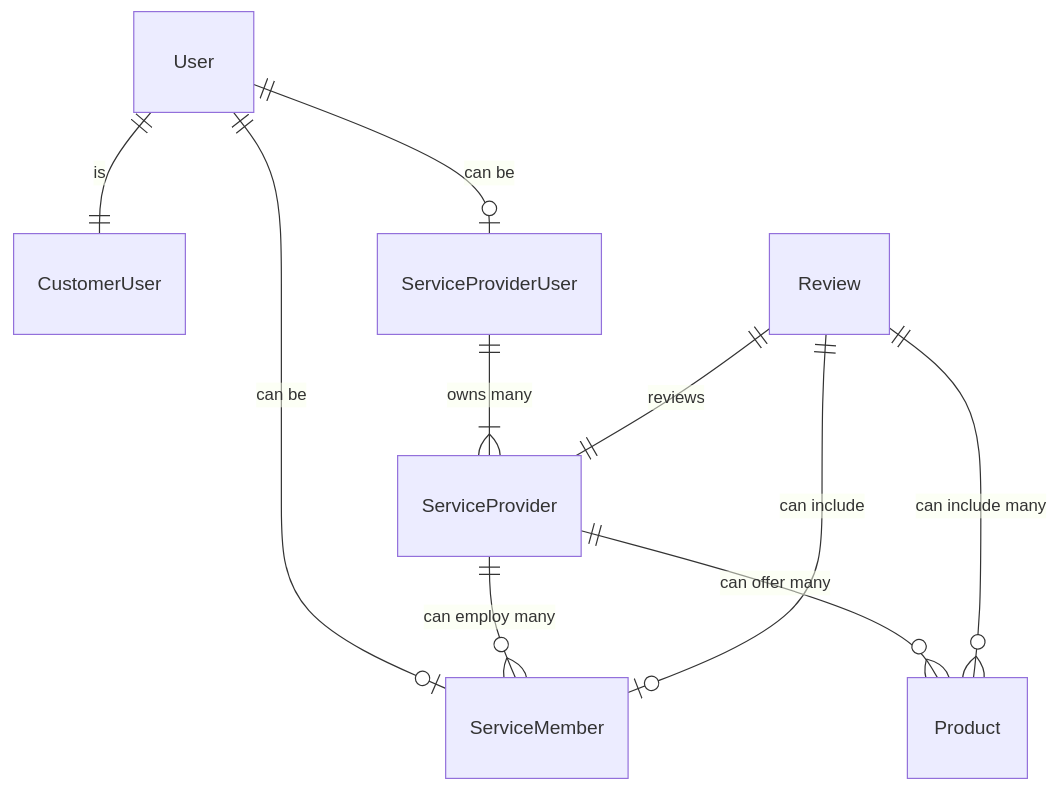
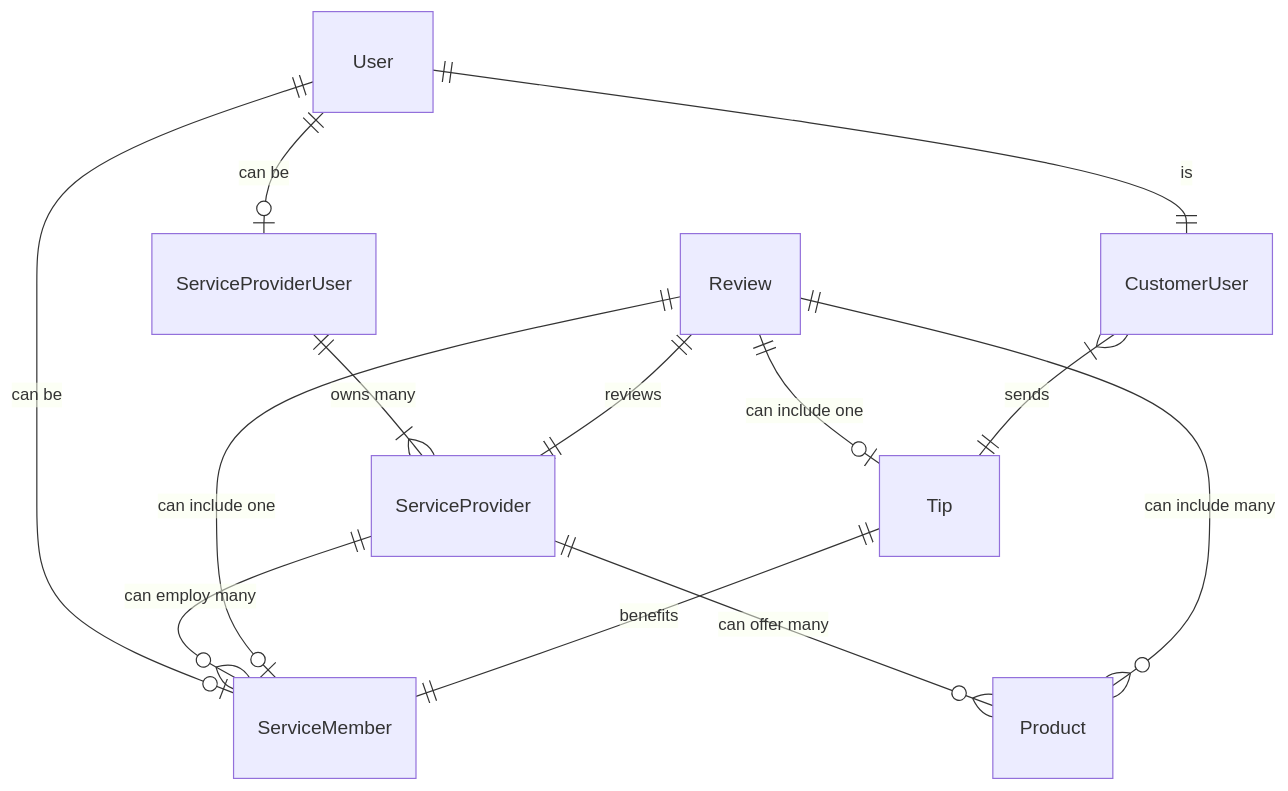
One commit to jaintitanium/DingIt changed the diagram in README.md. Above: the diagram before and after it, drawn with Mermaid.

Commit message:
Update ER diagram

````diff
--- a/README.md
+++ b/README.md
@@ -5,14 +5,17 @@
 ```mermaid
 erDiagram
     User ||--|| CustomerUser : "is"
     User ||--o| ServiceProviderUser : "can be"
     User ||--o| ServiceMember : "can be"
 
     ServiceProviderUser ||--|{ ServiceProvider : "owns many"
     ServiceProvider ||--o{ ServiceMember : "can employ many"
     ServiceProvider ||--o{ Product : "can offer many"
 
     Review ||--|| ServiceProvider : "reviews"
-    Review ||--o| ServiceMember : "can include"
+    Review ||--o| ServiceMember : "can include one"
     Review ||--o{ Product : "can include many"
+    Review ||--o| Tip : "can include one"
+    CustomerUser }|--|| Tip : "sends"
+    Tip ||--|| ServiceMember : "benefits"
 ```
````
